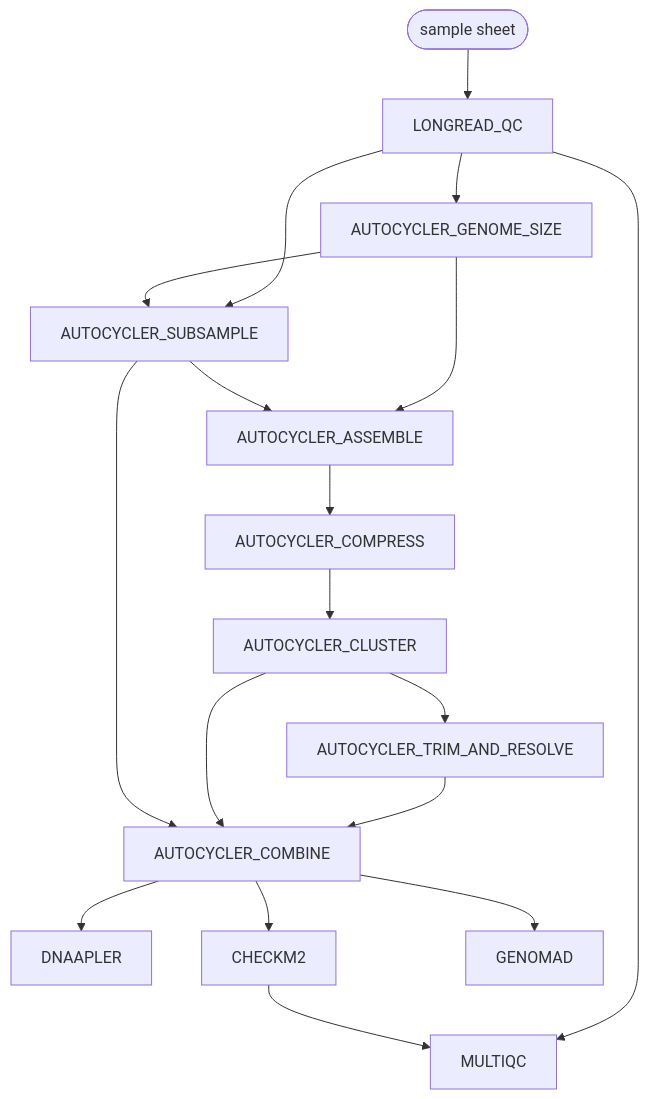
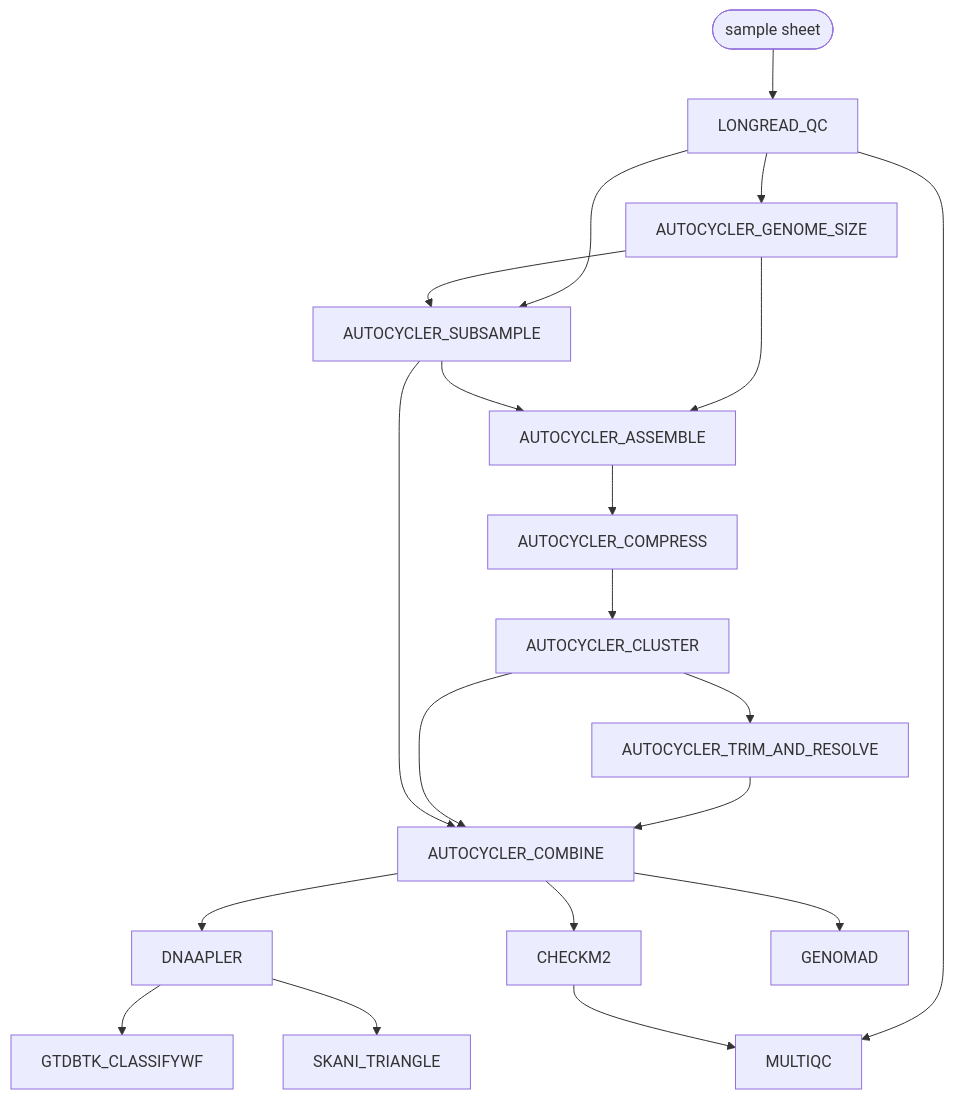
The diagram in docs/output.md (dsamoht/isolate-wf), drawn with Mermaid before and after one commit. The commit also changed other lines of this file and 27 other files, not shown here.

````diff
--- a/docs/output.md
+++ b/docs/output.md
@@ -20,20 +23,22 @@
 ```mermaid
 flowchart TB
   input([sample sheet]) --> LONGREAD_QC
   LONGREAD_QC --> AUTOCYCLER_GENOME_SIZE
   LONGREAD_QC --> AUTOCYCLER_SUBSAMPLE
   AUTOCYCLER_GENOME_SIZE --> AUTOCYCLER_SUBSAMPLE
   AUTOCYCLER_GENOME_SIZE --> AUTOCYCLER_ASSEMBLE
   AUTOCYCLER_SUBSAMPLE --> AUTOCYCLER_ASSEMBLE
   AUTOCYCLER_ASSEMBLE --> AUTOCYCLER_COMPRESS
   AUTOCYCLER_COMPRESS --> AUTOCYCLER_CLUSTER
   AUTOCYCLER_CLUSTER --> AUTOCYCLER_TRIM_AND_RESOLVE
   AUTOCYCLER_TRIM_AND_RESOLVE --> AUTOCYCLER_COMBINE
   AUTOCYCLER_CLUSTER --> AUTOCYCLER_COMBINE
   AUTOCYCLER_SUBSAMPLE --> AUTOCYCLER_COMBINE
   AUTOCYCLER_COMBINE --> DNAAPLER
   AUTOCYCLER_COMBINE --> CHECKM2
   AUTOCYCLER_COMBINE --> GENOMAD
+  DNAAPLER --> GTDBTK_CLASSIFYWF
+  DNAAPLER --> SKANI_TRIANGLE
   LONGREAD_QC --> MULTIQC
   CHECKM2 --> MULTIQC
 ```
````
